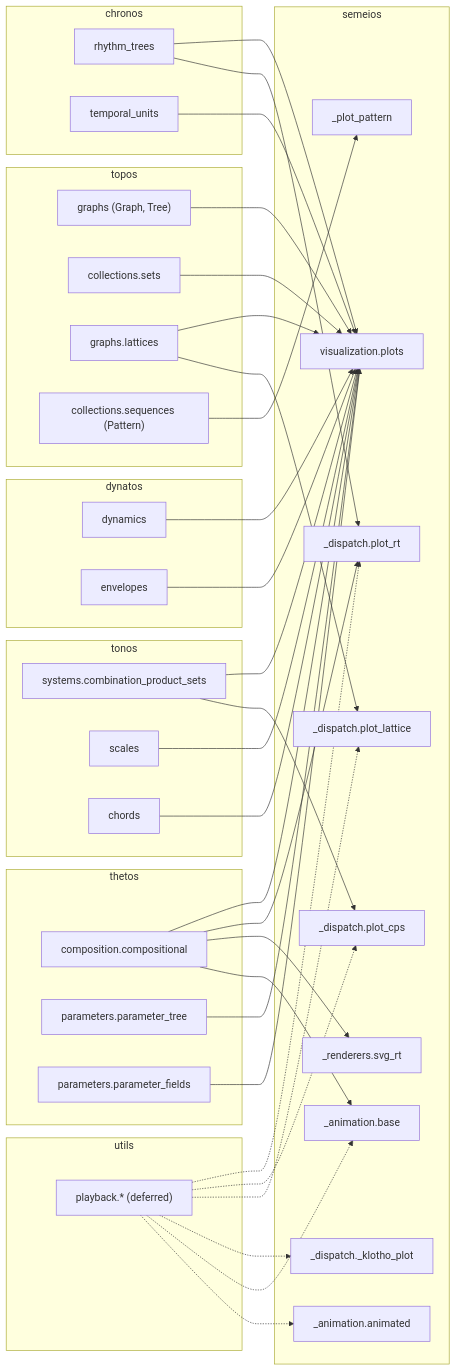
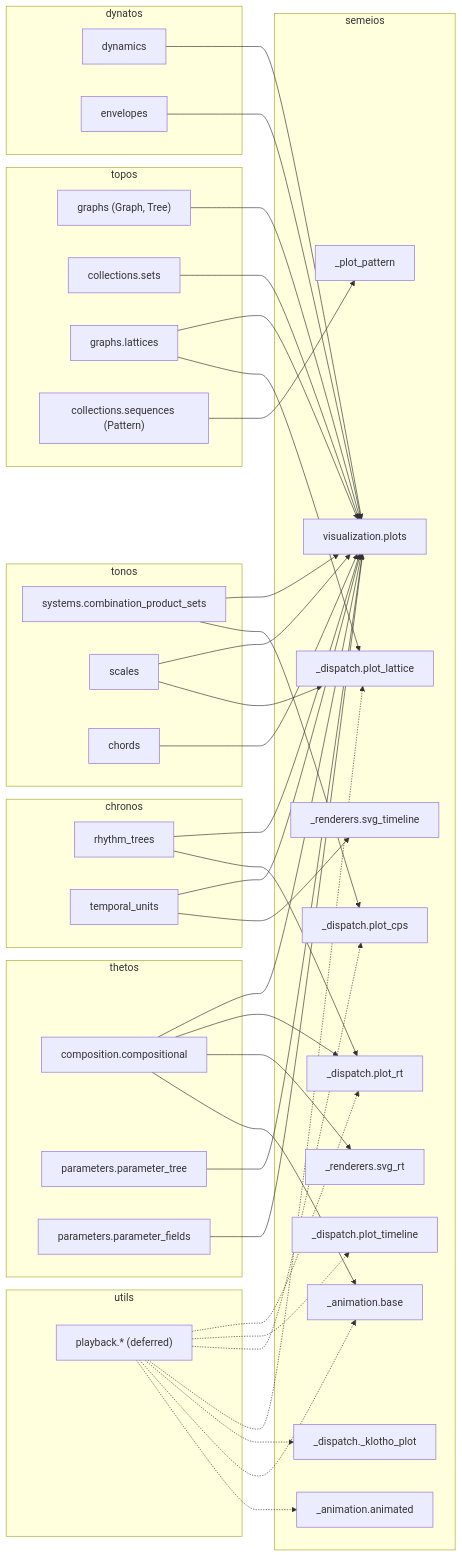
One commit to kr4g/Klotho changed the sixth of 7 diagrams in docs/architecture/13_IMPORT_GRAPH.md. Above: the diagram before and after it, drawn with Mermaid. The commit also changed other lines of this file and 14 other files, not shown here.

First line of the commit message:
Refresh architecture docs and Sphinx index for 10.x API (10.11.1)

````diff
--- a/docs/architecture/13_IMPORT_GRAPH.md
+++ b/docs/architecture/13_IMPORT_GRAPH.md
@@ -307,75 +336,80 @@
 ```mermaid
 flowchart LR
     subgraph semeios
         plots["visualization.plots"]
         plot_rt["_dispatch.plot_rt"]
+        plot_tline["_dispatch.plot_timeline"]
         plot_cps["_dispatch.plot_cps"]
         plot_lat["_dispatch.plot_lattice"]
         plot_pat["_plot_pattern"]
         klotho_plot["_dispatch._klotho_plot"]
         svg_rt["_renderers.svg_rt"]
+        svg_tline["_renderers.svg_timeline"]
         anim_base["_animation.base"]
         anim["_animation.animated"]
     end
 
     subgraph topos
         t_graph["graphs (Graph, Tree)"]
         t_sets["collections.sets"]
         t_lattice["graphs.lattices"]
         t_seq["collections.sequences (Pattern)"]
     end
 
     subgraph chronos
         c_rt["rhythm_trees"]
         c_ut["temporal_units"]
     end
 
     subgraph tonos
         cps_mod["systems.combination_product_sets"]
         scales["scales"]
         chords["chords"]
     end
 
     subgraph dynatos
         dyn["dynamics"]
         env["envelopes"]
     end
 
     subgraph thetos
         comp["composition.compositional"]
         param_tree["parameters.parameter_tree"]
         param_field["parameters.parameter_fields"]
     end
 
     subgraph utils
         playback["playback.* (deferred)"]
     end
 
     t_graph --> plots
     t_sets --> plots
     t_lattice --> plots
     t_seq --> plot_pat
     c_rt --> plots
     c_ut --> plots
     cps_mod --> plots
     scales --> plots
     chords --> plots
     dyn --> plots
     env --> plots
     comp --> plots
     param_tree --> plots
     param_field --> plots
 
     c_rt --> plot_rt
     comp --> plot_rt
     comp --> svg_rt
     comp --> anim_base
+    c_ut --> svg_tline
     cps_mod --> plot_cps
     t_lattice --> plot_lat
+    scales --> plot_lat
     playback -.-> plot_rt
+    playback -.-> plot_tline
     playback -.-> plot_cps
     playback -.-> plot_lat
     playback -.-> klotho_plot
     playback -.-> anim_base
     playback -.-> anim
 ```
````
